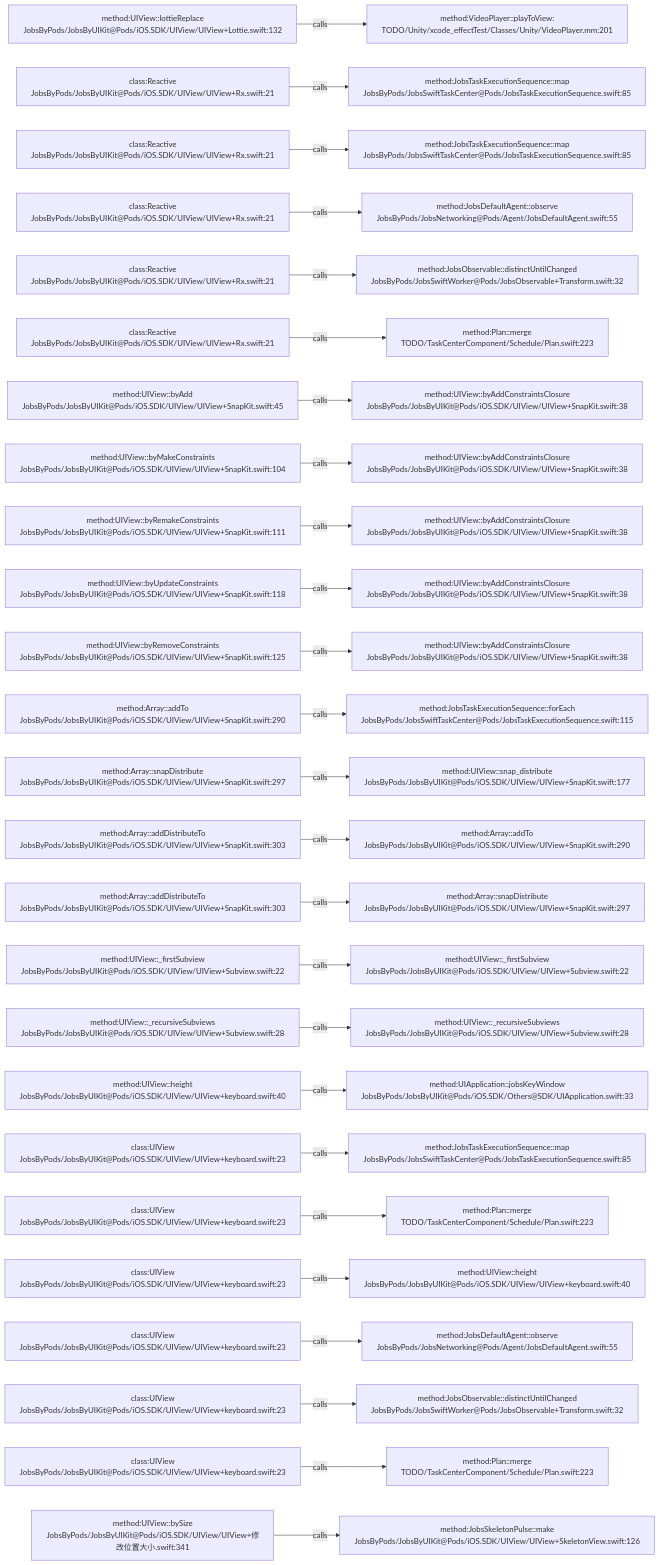
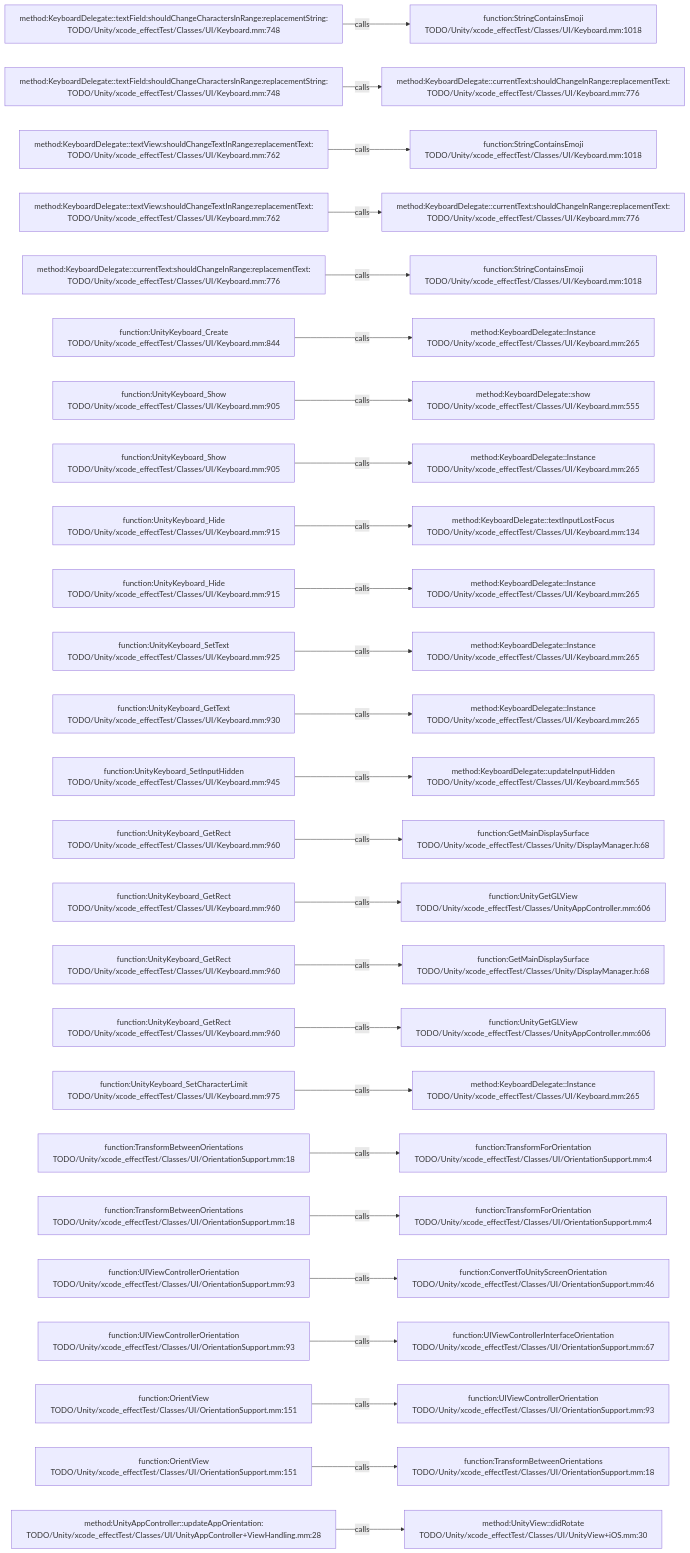
The diagram in .codegraph/codegraph.md/graphs/calls-093.md (JobsKits/JobsSwiftBaseConfigDemo), drawn with Mermaid before and after one commit. The commit also changed 569 other files, not shown here.

````diff
--- a/.codegraph/codegraph.md/graphs/calls-093.md
+++ b/.codegraph/codegraph.md/graphs/calls-093.md
@@ -13,78 +13,78 @@
 ```mermaid
 flowchart LR
-  S1["method:UIView::lottieReplace<br/>JobsByPods/JobsByUIKit@Pods/iOS.SDK/UIView/UIView+Lottie.swift:132"]
-  T1["method:VideoPlayer::playToView:<br/>TODO/Unity/xcode_effectTest/Classes/Unity/VideoPlayer.mm:201"]
+  S1["method:KeyboardDelegate::textField:shouldChangeCharactersInRange:replacementString:<br/>TODO/Unity/xcode_effectTest/Classes/UI/Keyboard.mm:748"]
+  T1["function:StringContainsEmoji<br/>TODO/Unity/xcode_effectTest/Classes/UI/Keyboard.mm:1018"]
   S1 -->|calls| T1
-  S2["class:Reactive<br/>JobsByPods/JobsByUIKit@Pods/iOS.SDK/UIView/UIView+Rx.swift:21"]
-  T2["method:JobsTaskExecutionSequence::map<br/>JobsByPods/JobsSwiftTaskCenter@Pods/JobsTaskExecutionSequence.swift:85"]
+  S2["method:KeyboardDelegate::textField:shouldChangeCharactersInRange:replacementString:<br/>TODO/Unity/xcode_effectTest/Classes/UI/Keyboard.mm:748"]
+  T2["method:KeyboardDelegate::currentText:shouldChangeInRange:replacementText:<br/>TODO/Unity/xcode_effectTest/Classes/UI/Keyboard.mm:776"]
   S2 -->|calls| T2
-  S3["class:Reactive<br/>JobsByPods/JobsByUIKit@Pods/iOS.SDK/UIView/UIView+Rx.swift:21"]
-  T3["method:JobsTaskExecutionSequence::map<br/>JobsByPods/JobsSwiftTaskCenter@Pods/JobsTaskExecutionSequence.swift:85"]
+  S3["method:KeyboardDelegate::textView:shouldChangeTextInRange:replacementText:<br/>TODO/Unity/xcode_effectTest/Classes/UI/Keyboard.mm:762"]
+  T3["function:StringContainsEmoji<br/>TODO/Unity/xcode_effectTest/Classes/UI/Keyboard.mm:1018"]
   S3 -->|calls| T3
-  S4["class:Reactive<br/>JobsByPods/JobsByUIKit@Pods/iOS.SDK/UIView/UIView+Rx.swift:21"]
-  T4["method:JobsDefaultAgent::observe<br/>JobsByPods/JobsNetworking@Pods/Agent/JobsDefaultAgent.swift:55"]
+  S4["method:KeyboardDelegate::textView:shouldChangeTextInRange:replacementText:<br/>TODO/Unity/xcode_effectTest/Classes/UI/Keyboard.mm:762"]
+  T4["method:KeyboardDelegate::currentText:shouldChangeInRange:replacementText:<br/>TODO/Unity/xcode_effectTest/Classes/UI/Keyboard.mm:776"]
   S4 -->|calls| T4
-  S5["class:Reactive<br/>JobsByPods/JobsByUIKit@Pods/iOS.SDK/UIView/UIView+Rx.swift:21"]
-  T5["method:JobsObservable::distinctUntilChanged<br/>JobsByPods/JobsSwiftWorker@Pods/JobsObservable+Transform.swift:32"]
+  S5["method:KeyboardDelegate::currentText:shouldChangeInRange:replacementText:<br/>TODO/Unity/xcode_effectTest/Classes/UI/Keyboard.mm:776"]
+  T5["function:StringContainsEmoji<br/>TODO/Unity/xcode_effectTest/Classes/UI/Keyboard.mm:1018"]
   S5 -->|calls| T5
-  S6["class:Reactive<br/>JobsByPods/JobsByUIKit@Pods/iOS.SDK/UIView/UIView+Rx.swift:21"]
-  T6["method:Plan::merge<br/>TODO/TaskCenterComponent/Schedule/Plan.swift:223"]
+  S6["function:UnityKeyboard_Create<br/>TODO/Unity/xcode_effectTest/Classes/UI/Keyboard.mm:844"]
+  T6["method:KeyboardDelegate::Instance<br/>TODO/Unity/xcode_effectTest/Classes/UI/Keyboard.mm:265"]
   S6 -->|calls| T6
-  S7["method:UIView::byAdd<br/>JobsByPods/JobsByUIKit@Pods/iOS.SDK/UIView/UIView+SnapKit.swift:45"]
-  T7["method:UIView::byAddConstraintsClosure<br/>JobsByPods/JobsByUIKit@Pods/iOS.SDK/UIView/UIView+SnapKit.swift:38"]
+  S7["function:UnityKeyboard_Show<br/>TODO/Unity/xcode_effectTest/Classes/UI/Keyboard.mm:905"]
+  T7["method:KeyboardDelegate::show<br/>TODO/Unity/xcode_effectTest/Classes/UI/Keyboard.mm:555"]
   S7 -->|calls| T7
-  S8["method:UIView::byMakeConstraints<br/>JobsByPods/JobsByUIKit@Pods/iOS.SDK/UIView/UIView+SnapKit.swift:104"]
-  T8["method:UIView::byAddConstraintsClosure<br/>JobsByPods/JobsByUIKit@Pods/iOS.SDK/UIView/UIView+SnapKit.swift:38"]
+  S8["function:UnityKeyboard_Show<br/>TODO/Unity/xcode_effectTest/Classes/UI/Keyboard.mm:905"]
+  T8["method:KeyboardDelegate::Instance<br/>TODO/Unity/xcode_effectTest/Classes/UI/Keyboard.mm:265"]
   S8 -->|calls| T8
-  S9["method:UIView::byRemakeConstraints<br/>JobsByPods/JobsByUIKit@Pods/iOS.SDK/UIView/UIView+SnapKit.swift:111"]
-  T9["method:UIView::byAddConstraintsClosure<br/>JobsByPods/JobsByUIKit@Pods/iOS.SDK/UIView/UIView+SnapKit.swift:38"]
+  S9["function:UnityKeyboard_Hide<br/>TODO/Unity/xcode_effectTest/Classes/UI/Keyboard.mm:915"]
+  T9["method:KeyboardDelegate::textInputLostFocus<br/>TODO/Unity/xcode_effectTest/Classes/UI/Keyboard.mm:134"]
   S9 -->|calls| T9
-  S10["method:UIView::byUpdateConstraints<br/>JobsByPods/JobsByUIKit@Pods/iOS.SDK/UIView/UIView+SnapKit.swift:118"]
-  T10["method:UIView::byAddConstraintsClosure<br/>JobsByPods/JobsByUIKit@Pods/iOS.SDK/UIView/UIView+SnapKit.swift:38"]
+  S10["function:UnityKeyboard_Hide<br/>TODO/Unity/xcode_effectTest/Classes/UI/Keyboard.mm:915"]
+  T10["method:KeyboardDelegate::Instance<br/>TODO/Unity/xcode_effectTest/Classes/UI/Keyboard.mm:265"]
   S10 -->|calls| T10
-  S11["method:UIView::byRemoveConstraints<br/>JobsByPods/JobsByUIKit@Pods/iOS.SDK/UIView/UIView+SnapKit.swift:125"]
-  T11["method:UIView::byAddConstraintsClosure<br/>JobsByPods/JobsByUIKit@Pods/iOS.SDK/UIView/UIView+SnapKit.swift:38"]
+  S11["function:UnityKeyboard_SetText<br/>TODO/Unity/xcode_effectTest/Classes/UI/Keyboard.mm:925"]
+  T11["method:KeyboardDelegate::Instance<br/>TODO/Unity/xcode_effectTest/Classes/UI/Keyboard.mm:265"]
   S11 -->|calls| T11
-  S12["method:Array::addTo<br/>JobsByPods/JobsByUIKit@Pods/iOS.SDK/UIView/UIView+SnapKit.swift:290"]
-  T12["method:JobsTaskExecutionSequence::forEach<br/>JobsByPods/JobsSwiftTaskCenter@Pods/JobsTaskExecutionSequence.swift:115"]
+  S12["function:UnityKeyboard_GetText<br/>TODO/Unity/xcode_effectTest/Classes/UI/Keyboard.mm:930"]
+  T12["method:KeyboardDelegate::Instance<br/>TODO/Unity/xcode_effectTest/Classes/UI/Keyboard.mm:265"]
   S12 -->|calls| T12
-  S13["method:Array::snapDistribute<br/>JobsByPods/JobsByUIKit@Pods/iOS.SDK/UIView/UIView+SnapKit.swift:297"]
-  T13["method:UIView::snap_distribute<br/>JobsByPods/JobsByUIKit@Pods/iOS.SDK/UIView/UIView+SnapKit.swift:177"]
+  S13["function:UnityKeyboard_SetInputHidden<br/>TODO/Unity/xcode_effectTest/Classes/UI/Keyboard.mm:945"]
+  T13["method:KeyboardDelegate::updateInputHidden<br/>TODO/Unity/xcode_effectTest/Classes/UI/Keyboard.mm:565"]
   S13 -->|calls| T13
-  S14["method:Array::addDistributeTo<br/>JobsByPods/JobsByUIKit@Pods/iOS.SDK/UIView/UIView+SnapKit.swift:303"]
-  T14["method:Array::addTo<br/>JobsByPods/JobsByUIKit@Pods/iOS.SDK/UIView/UIView+SnapKit.swift:290"]
+  S14["function:UnityKeyboard_GetRect<br/>TODO/Unity/xcode_effectTest/Classes/UI/Keyboard.mm:960"]
+  T14["function:GetMainDisplaySurface<br/>TODO/Unity/xcode_effectTest/Classes/Unity/DisplayManager.h:68"]
   S14 -->|calls| T14
-  S15["method:Array::addDistributeTo<br/>JobsByPods/JobsByUIKit@Pods/iOS.SDK/UIView/UIView+SnapKit.swift:303"]
-  T15["method:Array::snapDistribute<br/>JobsByPods/JobsByUIKit@Pods/iOS.SDK/UIView/UIView+SnapKit.swift:297"]
+  S15["function:UnityKeyboard_GetRect<br/>TODO/Unity/xcode_effectTest/Classes/UI/Keyboard.mm:960"]
+  T15["function:UnityGetGLView<br/>TODO/Unity/xcode_effectTest/Classes/UnityAppController.mm:606"]
   S15 -->|calls| T15
-  S16["method:UIView::_firstSubview<br/>JobsByPods/JobsByUIKit@Pods/iOS.SDK/UIView/UIView+Subview.swift:22"]
-  T16["method:UIView::_firstSubview<br/>JobsByPods/JobsByUIKit@Pods/iOS.SDK/UIView/UIView+Subview.swift:22"]
+  S16["function:UnityKeyboard_GetRect<br/>TODO/Unity/xcode_effectTest/Classes/UI/Keyboard.mm:960"]
+  T16["function:GetMainDisplaySurface<br/>TODO/Unity/xcode_effectTest/Classes/Unity/DisplayManager.h:68"]
   S16 -->|calls| T16
-  S17["method:UIView::_recursiveSubviews<br/>JobsByPods/JobsByUIKit@Pods/iOS.SDK/UIView/UIView+Subview.swift:28"]
-  T17["method:UIView::_recursiveSubviews<br/>JobsByPods/JobsByUIKit@Pods/iOS.SDK/UIView/UIView+Subview.swift:28"]
+  S17["function:UnityKeyboard_GetRect<br/>TODO/Unity/xcode_effectTest/Classes/UI/Keyboard.mm:960"]
+  T17["function:UnityGetGLView<br/>TODO/Unity/xcode_effectTest/Classes/UnityAppController.mm:606"]
   S17 -->|calls| T17
-  S18["method:UIView::height<br/>JobsByPods/JobsByUIKit@Pods/iOS.SDK/UIView/UIView+keyboard.swift:40"]
-  T18["method:UIApplication::jobsKeyWindow<br/>JobsByPods/JobsByUIKit@Pods/iOS.SDK/Others@SDK/UIApplication.swift:33"]
+  S18["function:UnityKeyboard_SetCharacterLimit<br/>TODO/Unity/xcode_effectTest/Classes/UI/Keyboard.mm:975"]
+  T18["method:KeyboardDelegate::Instance<br/>TODO/Unity/xcode_effectTest/Classes/UI/Keyboard.mm:265"]
   S18 -->|calls| T18
-  S19["class:UIView<br/>JobsByPods/JobsByUIKit@Pods/iOS.SDK/UIView/UIView+keyboard.swift:23"]
-  T19["method:JobsTaskExecutionSequence::map<br/>JobsByPods/JobsSwiftTaskCenter@Pods/JobsTaskExecutionSequence.swift:85"]
+  S19["function:TransformBetweenOrientations<br/>TODO/Unity/xcode_effectTest/Classes/UI/OrientationSupport.mm:18"]
+  T19["function:TransformForOrientation<br/>TODO/Unity/xcode_effectTest/Classes/UI/OrientationSupport.mm:4"]
   S19 -->|calls| T19
-  S20["class:UIView<br/>JobsByPods/JobsByUIKit@Pods/iOS.SDK/UIView/UIView+keyboard.swift:23"]
-  T20["method:Plan::merge<br/>TODO/TaskCenterComponent/Schedule/Plan.swift:223"]
+  S20["function:TransformBetweenOrientations<br/>TODO/Unity/xcode_effectTest/Classes/UI/OrientationSupport.mm:18"]
+  T20["function:TransformForOrientation<br/>TODO/Unity/xcode_effectTest/Classes/UI/OrientationSupport.mm:4"]
   S20 -->|calls| T20
-  S21["class:UIView<br/>JobsByPods/JobsByUIKit@Pods/iOS.SDK/UIView/UIView+keyboard.swift:23"]
-  T21["method:UIView::height<br/>JobsByPods/JobsByUIKit@Pods/iOS.SDK/UIView/UIView+keyboard.swift:40"]
+  S21["function:UIViewControllerOrientation<br/>TODO/Unity/xcode_effectTest/Classes/UI/OrientationSupport.mm:93"]
+  T21["function:ConvertToUnityScreenOrientation<br/>TODO/Unity/xcode_effectTest/Classes/UI/OrientationSupport.mm:46"]
   S21 -->|calls| T21
-  S22["class:UIView<br/>JobsByPods/JobsByUIKit@Pods/iOS.SDK/UIView/UIView+keyboard.swift:23"]
-  T22["method:JobsDefaultAgent::observe<br/>JobsByPods/JobsNetworking@Pods/Agent/JobsDefaultAgent.swift:55"]
+  S22["function:UIViewControllerOrientation<br/>TODO/Unity/xcode_effectTest/Classes/UI/OrientationSupport.mm:93"]
+  T22["function:UIViewControllerInterfaceOrientation<br/>TODO/Unity/xcode_effectTest/Classes/UI/OrientationSupport.mm:67"]
   S22 -->|calls| T22
-  S23["class:UIView<br/>JobsByPods/JobsByUIKit@Pods/iOS.SDK/UIView/UIView+keyboard.swift:23"]
-  T23["method:JobsObservable::distinctUntilChanged<br/>JobsByPods/JobsSwiftWorker@Pods/JobsObservable+Transform.swift:32"]
+  S23["function:OrientView<br/>TODO/Unity/xcode_effectTest/Classes/UI/OrientationSupport.mm:151"]
+  T23["function:UIViewControllerOrientation<br/>TODO/Unity/xcode_effectTest/Classes/UI/OrientationSupport.mm:93"]
   S23 -->|calls| T23
-  S24["class:UIView<br/>JobsByPods/JobsByUIKit@Pods/iOS.SDK/UIView/UIView+keyboard.swift:23"]
-  T24["method:Plan::merge<br/>TODO/TaskCenterComponent/Schedule/Plan.swift:223"]
+  S24["function:OrientView<br/>TODO/Unity/xcode_effectTest/Classes/UI/OrientationSupport.mm:151"]
+  T24["function:TransformBetweenOrientations<br/>TODO/Unity/xcode_effectTest/Classes/UI/OrientationSupport.mm:18"]
   S24 -->|calls| T24
-  S25["method:UIView::bySize<br/>JobsByPods/JobsByUIKit@Pods/iOS.SDK/UIView/UIView+修改位置大小.swift:341"]
-  T25["method:JobsSkeletonPulse::make<br/>JobsByPods/JobsByUIKit@Pods/iOS.SDK/UIView/UIView+SkeletonView.swift:126"]
+  S25["method:UnityAppController::updateAppOrientation:<br/>TODO/Unity/xcode_effectTest/Classes/UI/UnityAppController+ViewHandling.mm:28"]
+  T25["method:UnityView::didRotate<br/>TODO/Unity/xcode_effectTest/Classes/UI/UnityView+iOS.mm:30"]
   S25 -->|calls| T25
 ```
````
